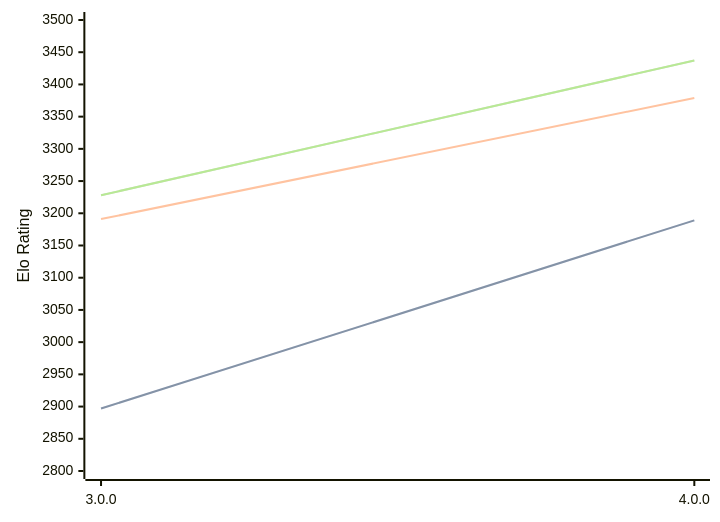
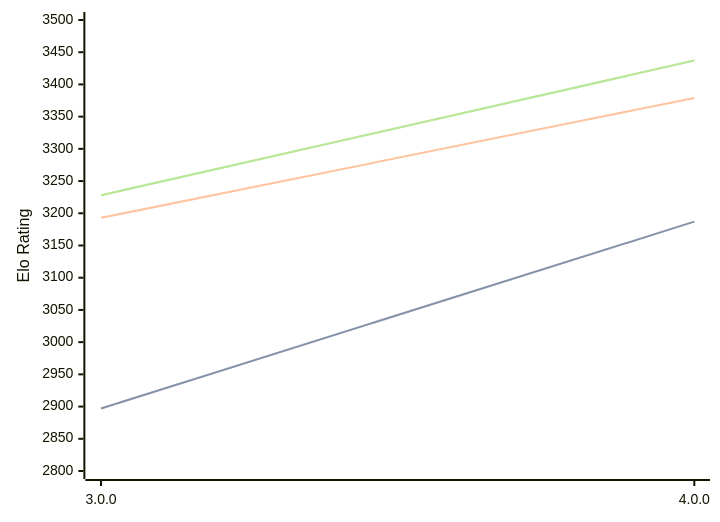
Before and after one commit to computer-chess-index/cci: the diagram in engines/Avalanche.md, drawn with Mermaid. The commit also changed other lines of this file, not shown here.

````diff
--- a/engines/Avalanche.md
+++ b/engines/Avalanche.md
@@ -32,11 +32,11 @@
 ```mermaid
 %%{init: {"theme":"base","themeVariables":{"seriesColors:['#a3a3a3','#222221','#faa371']}}}%%
 xychart-beta
   x-axis ["3.0.0", "4.0.0"]
   y-axis "Elo Rating" 2800 --> 3500
-  line "" [2897, 3189]
-  line "STC (8.0+0.08s)" [2897, 3189]
-  line "LTC (60.0+0.60s)" [3191, 3379]
+  line "" [2897, 3187]
+  line "STC (8.0+0.08s)" [2897, 3187]
+  line "LTC (60.0+0.60s)" [3193, 3379]
   line "" [3228, 3437]
   line "VLTC (2m24s+1.12s)" [3228, 3437]
 ```
````
